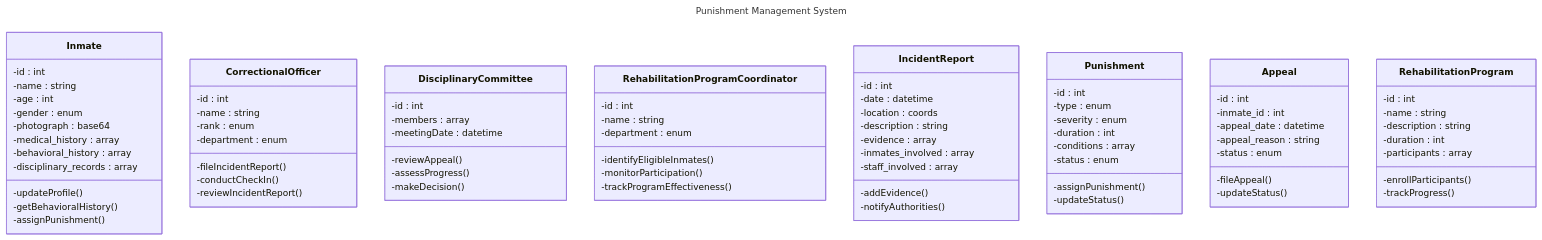
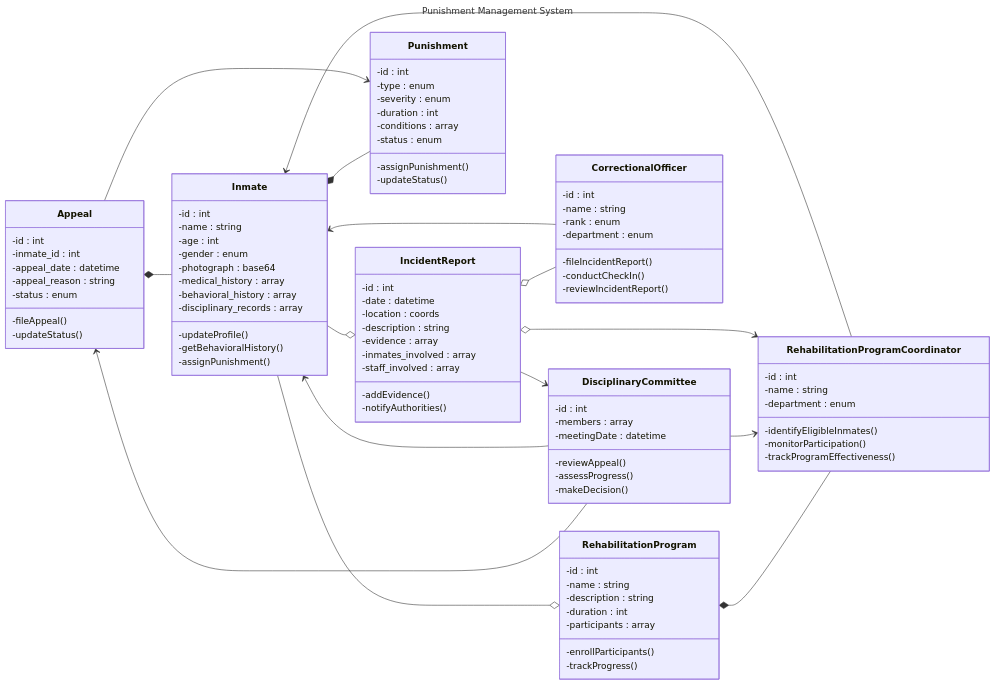
One commit to DieAntonie/tdd-dojo-node changed the diagram in documentation/domain-classes.md. Above: the diagram before and after it, drawn with Mermaid. The commit also changed other lines of this file and 8 other files, not shown here.

`````diff
--- a/documentation/domain-classes.md
+++ b/documentation/domain-classes.md
@@ -13,8 +3,33 @@
-```mermaid
+``` mermaid
 ---
 title: Punishment Management System
 ---
 classDiagram
+IncidentReport --> DisciplinaryCommittee
+Inmate <-- DisciplinaryCommittee
+Appeal *-- Inmate
+Appeal --> Punishment
+Appeal <-- DisciplinaryCommittee
+Inmate *-- Punishment
+Inmate --o IncidentReport
+Inmate <-- CorrectionalOfficer
+Inmate --o RehabilitationProgram
+Inmate <-- RehabilitationProgramCoordinator
+IncidentReport o-- CorrectionalOfficer
+IncidentReport o--> RehabilitationProgramCoordinator
+DisciplinaryCommittee --> RehabilitationProgramCoordinator
+RehabilitationProgram *-- RehabilitationProgramCoordinator
+
+  direction LR
+  class Appeal {
+    -id : int
+    -inmate_id : int
+    -appeal_date : datetime
+    -appeal_reason : string
+    -status : enum
+    -fileAppeal()
+    -updateStatus()
+  }
   class Inmate {
     -id : int
     -name : string
@@ -28,6 +43,27 @@
     -getBehavioralHistory()
     -assignPunishment()
   }
+  class Punishment {
+    -id : int
+    -type : enum
+    -severity : enum
+    -duration : int
+    -conditions : array
+    -status : enum
+    -assignPunishment()
+    -updateStatus()
+  }
+  class IncidentReport {
+    -id : int
+    -date : datetime
+    -location : coords
+    -description : string
+    -evidence : array
+    -inmates_involved : array
+    -staff_involved : array
+    -addEvidence()
+    -notifyAuthorities()
+  }
   class CorrectionalOfficer {
     -id : int
     -name : string
@@ -36,6 +72,15 @@
     -fileIncidentReport()
     -conductCheckIn()
     -reviewIncidentReport()
+  }
+  class RehabilitationProgram {
+    -id : int
+    -name : string
+    -description : string
+    -duration : int
+    -participants : array
+    -enrollParticipants()
+    -trackProgress()
   }
   class DisciplinaryCommittee {
     -id : int
@@ -53,43 +98,5 @@
     -monitorParticipation()
     -trackProgramEffectiveness()
   }
-  class IncidentReport {
-    -id : int
-    -date : datetime
-    -location : coords
-    -description : string
-    -evidence : array
-    -inmates_involved : array
-    -staff_involved : array
-    -addEvidence()
-    -notifyAuthorities()
-  }
-  class Punishment {
-    -id : int
-    -type : enum
-    -severity : enum
-    -duration : int
-    -conditions : array
-    -status : enum
-    -assignPunishment()
-    -updateStatus()
-  }
-  class Appeal {
-    -id : int
-    -inmate_id : int
-    -appeal_date : datetime
-    -appeal_reason : string
-    -status : enum
-    -fileAppeal()
-    -updateStatus()
-  }
-  class RehabilitationProgram {
-    -id : int
-    -name : string
-    -description : string
-    -duration : int
-    -participants : array
-    -enrollParticipants()
-    -trackProgress()
-  }
-````
+
+```
`````
